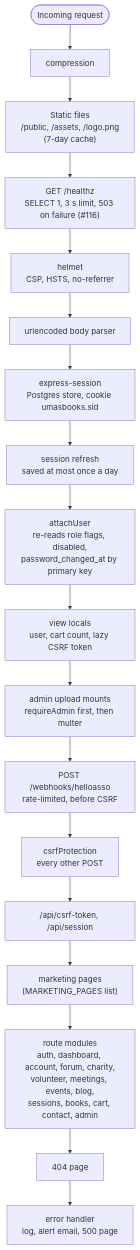
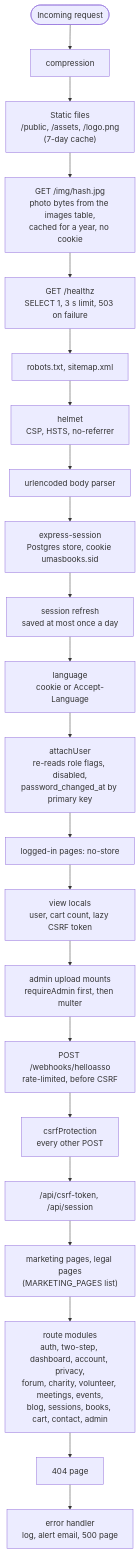
One commit to umasbooksadmin/umasbookswebsite changed the third of 12 diagrams in docs/architecture.md. Above: the diagram before and after it, drawn with Mermaid. The commit also changed other lines of this file, not shown here.

First line of the commit message:
Bring docs/architecture.md up to date

````diff
--- a/docs/architecture.md
+++ b/docs/architecture.md
@@ -169,20 +187,24 @@
 ```mermaid
 flowchart TD
   R([Incoming request]) --> C["compression"]
   C --> S1["Static files<br/>/public, /assets, /logo.png<br/>(7-day cache)"]
-  S1 --> H["GET /healthz<br/>SELECT 1, 3 s limit, 503 on failure (#116)"]
-  H --> HEL["helmet<br/>CSP, HSTS, no-referrer"]
+  S1 --> IM["GET /img/hash.jpg<br/>photo bytes from the images table,<br/>cached for a year, no cookie"]
+  IM --> H["GET /healthz<br/>SELECT 1, 3 s limit, 503 on failure"]
+  H --> SEO["robots.txt, sitemap.xml"]
+  SEO --> HEL["helmet<br/>CSP, HSTS, no-referrer"]
   HEL --> U["urlencoded body parser"]
   U --> SES["express-session<br/>Postgres store, cookie umasbooks.sid"]
   SES --> REF["session refresh<br/>saved at most once a day"]
-  REF --> AU["attachUser<br/>re-reads role flags, disabled,<br/>password_changed_at by primary key"]
-  AU --> LOC["view locals<br/>user, cart count, lazy CSRF token"]
+  REF --> LG["language<br/>cookie or Accept-Language"]
+  LG --> AU["attachUser<br/>re-reads role flags, disabled,<br/>password_changed_at by primary key"]
+  AU --> NS["logged-in pages: no-store"]
+  NS --> LOC["view locals<br/>user, cart count, lazy CSRF token"]
   LOC --> UP["admin upload mounts<br/>requireAdmin first, then multer"]
   UP --> WH["POST /webhooks/helloasso<br/>rate-limited, before CSRF"]
   WH --> CS["csrfProtection<br/>every other POST"]
   CS --> API["/api/csrf-token, /api/session"]
-  API --> MK["marketing pages<br/>(MARKETING_PAGES list)"]
-  MK --> RM["route modules<br/>auth, dashboard, account, forum, charity,<br/>volunteer, meetings, events, blog,<br/>sessions, books, cart, contact, admin"]
+  API --> MK["marketing pages, legal pages<br/>(MARKETING_PAGES list)"]
+  MK --> RM["route modules<br/>auth, two-step, dashboard, account, privacy,<br/>forum, charity, volunteer, meetings, events,<br/>blog, sessions, books, cart, contact, admin"]
   RM --> NF["404 page"]
   NF --> ER["error handler<br/>log, alert email, 500 page"]
 ```
````
